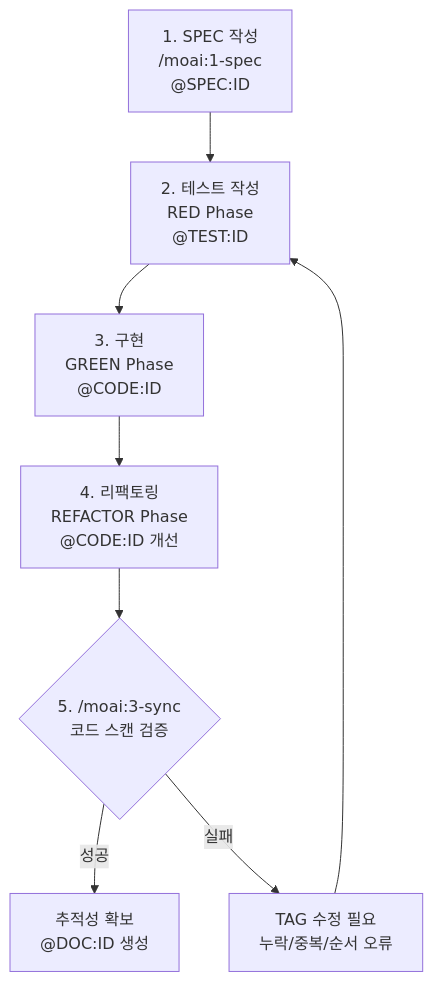
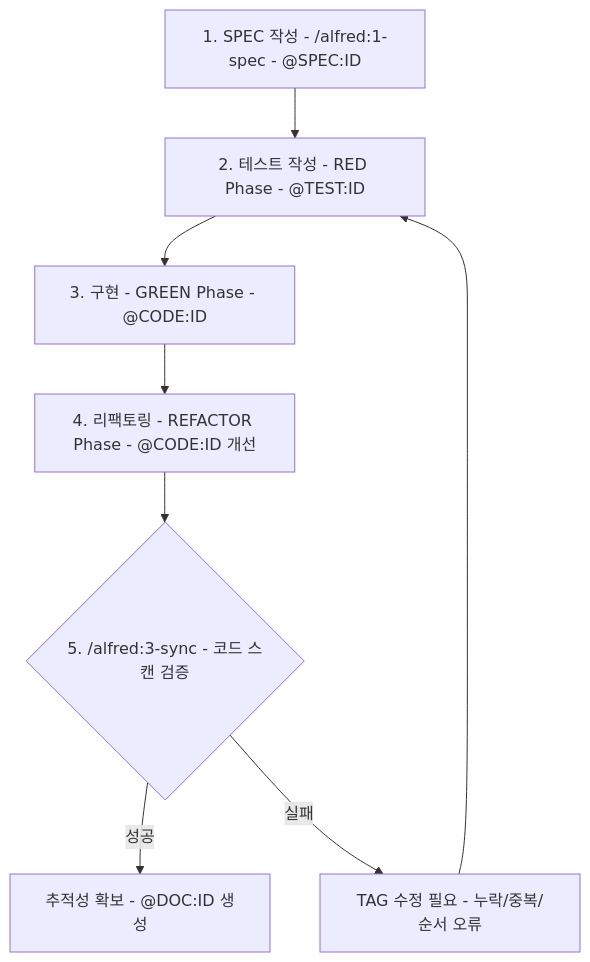
The fourth of 4 diagrams in docs/guide/tag-system.md (modu-ai/moai-adk), drawn with Mermaid before and after one commit. The commit also changed other lines of this file and 447 other files, not shown here.

````diff
--- a/docs/guide/tag-system.md
+++ b/docs/guide/tag-system.md
@@ -576,11 +576,11 @@
 ```mermaid
 graph TD
-    A["1. SPEC 작성<br/>/moai:1-spec<br/>@SPEC:ID"] --> B["2. 테스트 작성<br/>RED Phase<br/>@TEST:ID"]
-    B --> C["3. 구현<br/>GREEN Phase<br/>@CODE:ID"]
-    C --> D["4. 리팩토링<br/>REFACTOR Phase<br/>@CODE:ID 개선"]
-    D --> E{"5. /moai:3-sync<br/>코드 스캔 검증"}
-    E -->|성공| F["추적성 확보<br/>@DOC:ID 생성"]
-    E -->|실패| G["TAG 수정 필요<br/>누락/중복/순서 오류"]
+    A["1. SPEC 작성 - /alfred:1-spec - @SPEC:ID"] --> B["2. 테스트 작성 - RED Phase - @TEST:ID"]
+    B --> C["3. 구현 - GREEN Phase - @CODE:ID"]
+    C --> D["4. 리팩토링 - REFACTOR Phase - @CODE:ID 개선"]
+    D --> E{"5. /alfred:3-sync - 코드 스캔 검증"}
+    E -->|성공| F["추적성 확보 - @DOC:ID 생성"]
+    E -->|실패| G["TAG 수정 필요 - 누락/중복/순서 오류"]
     G --> B
 
 ```
````
